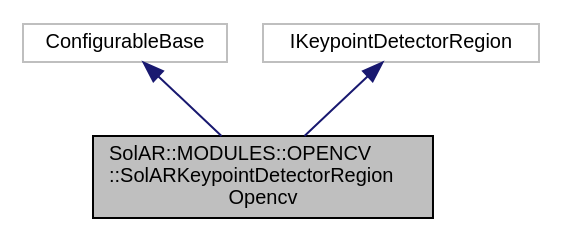
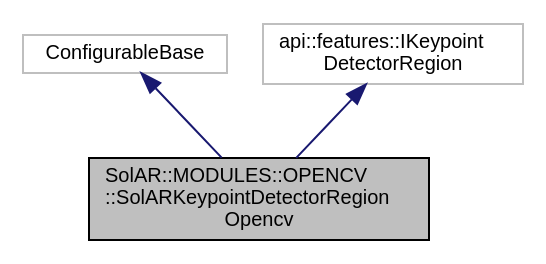
Before and after one commit to SolarFramework/solarframework.github.io: the diagram in api_module_documentation/class_sol_a_r_1_1_m_o_d_u_l_e_s_1_1_o_p_e_n_c_v_1_1_sol_a_r_keypoint_detector_region_opencv__inherit__graph.dot, drawn with Graphviz. The commit also changed 412 other files, not shown here.

```diff
--- a/api_module_documentation/class_sol_a_r_1_1_m_o_d_u_l_e_s_1_1_o_p_e_n_c_v_1_1_sol_a_r_keypoint_detector_region_opencv__inherit__graph.dot
+++ b/api_module_documentation/class_sol_a_r_1_1_m_o_d_u_l_e_s_1_1_o_p_e_n_c_v_1_1_sol_a_r_keypoint_detector_region_opencv__inherit__graph.dot
@@ -1,10 +1,10 @@
 digraph "SolAR::MODULES::OPENCV::SolARKeypointDetectorRegionOpencv"
 {
   edge [fontname="Helvetica",fontsize="10",labelfontname="Helvetica",labelfontsize="10"];
   node [fontname="Helvetica",fontsize="10",shape=record];
   Node0 [label="SolAR::MODULES::OPENCV\l::SolARKeypointDetectorRegion\lOpencv",height=0.2,width=0.4,color="black", fillcolor="grey75", style="filled", fontcolor="black"];
   Node1 -> Node0 [dir="back",color="midnightblue",fontsize="10",style="solid",fontname="Helvetica"];
   Node1 [label="ConfigurableBase",height=0.2,width=0.4,color="grey75", fillcolor="white", style="filled"];
   Node2 -> Node0 [dir="back",color="midnightblue",fontsize="10",style="solid",fontname="Helvetica"];
-  Node2 [label="IKeypointDetectorRegion",height=0.2,width=0.4,color="grey75", fillcolor="white", style="filled"];
+  Node2 [label="api::features::IKeypoint\lDetectorRegion",height=0.2,width=0.4,color="grey75", fillcolor="white", style="filled"];
 }
```
